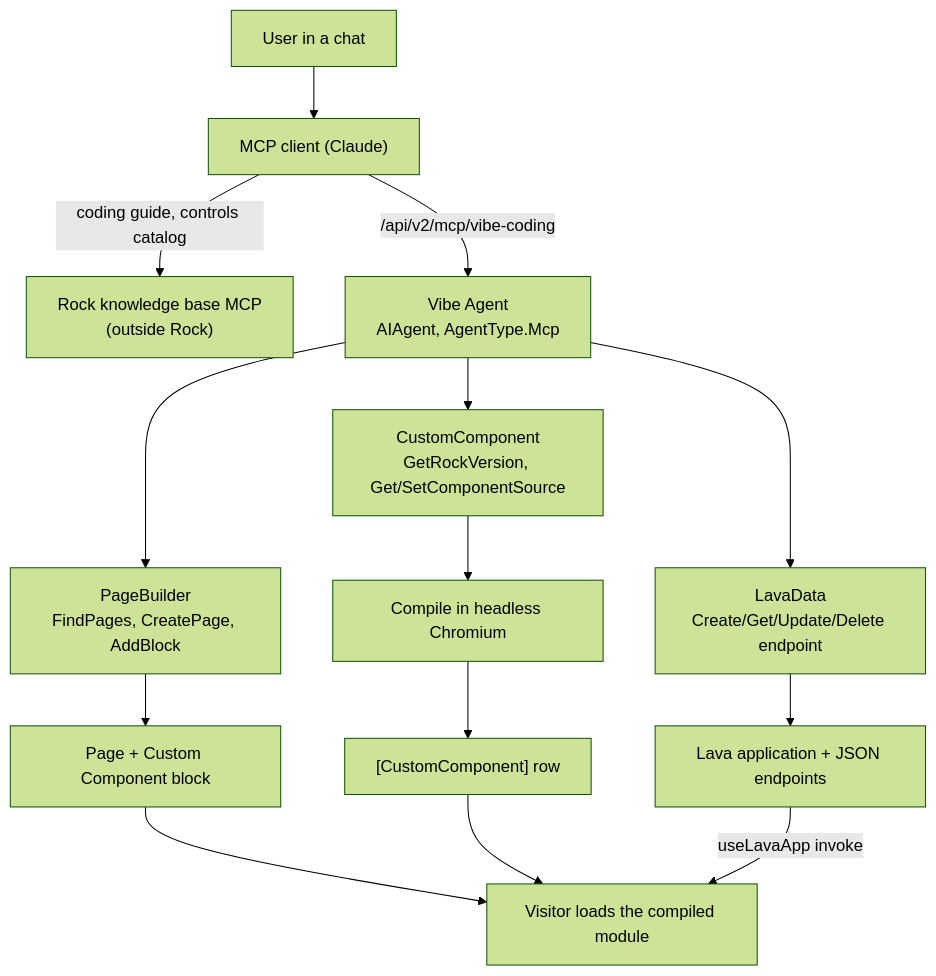
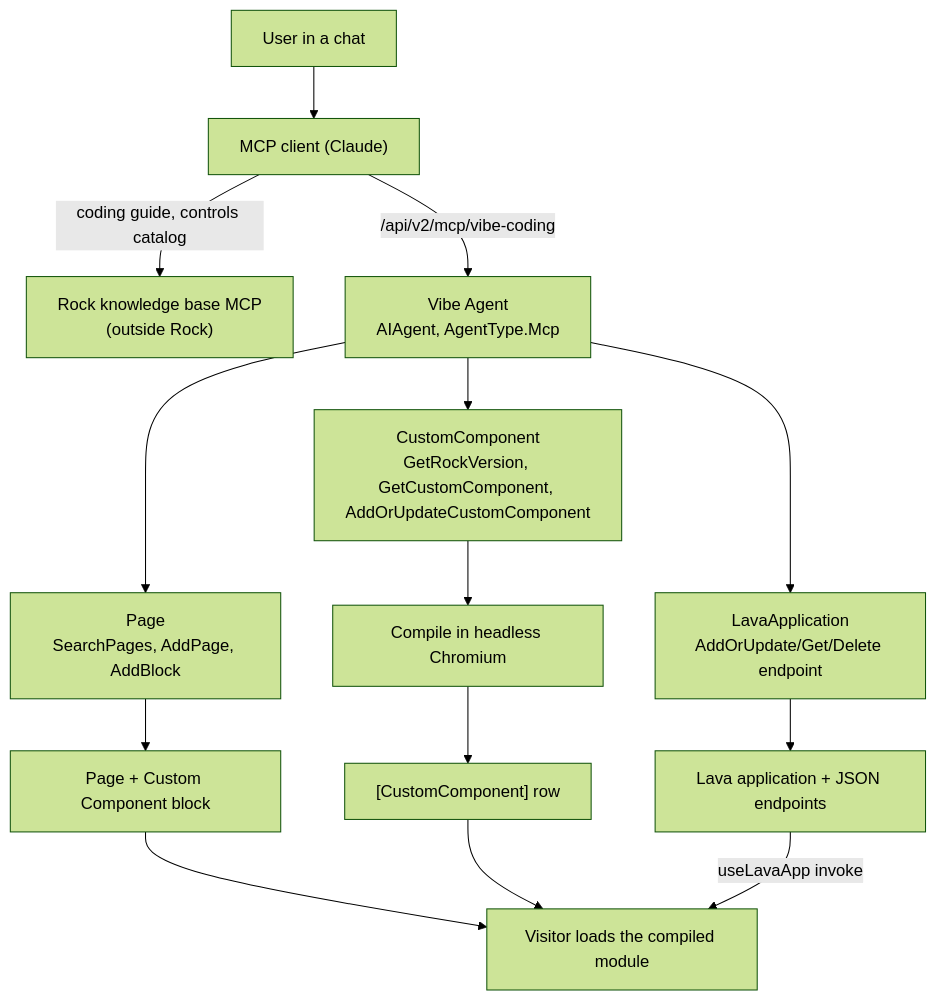
The diagram in specs/260814-vibe-coding-custom-components.md (SparkDevNetwork/Rock), drawn with Mermaid (forest theme) before and after one commit. The commit also changed other lines of this file and 29 other files, not shown here.

Commit message:
- Renamed the vibe coding skills and tools to the established verb vocabulary (PageSkill, LavaApplicationSkill, SearchPages, AddPage, AddOrUpdateLavaEndpoint, GetCustomComponent, AddOrUpdateCustomComponent) and merged the endpoint create and update tools into one upsert

````diff
--- a/specs/260814-vibe-coding-custom-components.md
+++ b/specs/260814-vibe-coding-custom-components.md
@@ -79,16 +79,16 @@
 ```mermaid
 flowchart TD
     User["User in a chat"] --> Client["MCP client (Claude)"]
     Client -->|"coding guide, controls catalog"| KB["Rock knowledge base MCP<br/>(outside Rock)"]
     Client -->|"/api/v2/mcp/vibe-coding"| Agent["Vibe Agent<br/>AIAgent, AgentType.Mcp"]
-    Agent --> PB["PageBuilder<br/>FindPages, CreatePage, AddBlock"]
-    Agent --> LD["LavaData<br/>Create/Get/Update/Delete endpoint"]
-    Agent --> VC["CustomComponent<br/>GetRockVersion, Get/SetComponentSource"]
+    Agent --> PB["Page<br/>SearchPages, AddPage, AddBlock"]
+    Agent --> LD["LavaApplication<br/>AddOrUpdate/Get/Delete endpoint"]
+    Agent --> VC["CustomComponent<br/>GetRockVersion, GetCustomComponent, AddOrUpdateCustomComponent"]
     PB --> Page["Page + Custom Component block"]
     LD --> Lava["Lava application + JSON endpoints"]
     VC --> Compile["Compile in headless Chromium"]
     Compile --> Table["[CustomComponent] row"]
     Page --> Visitor["Visitor loads the compiled module"]
     Table --> Visitor
     Lava -->|"useLavaApp invoke"| Visitor
 ```
````
